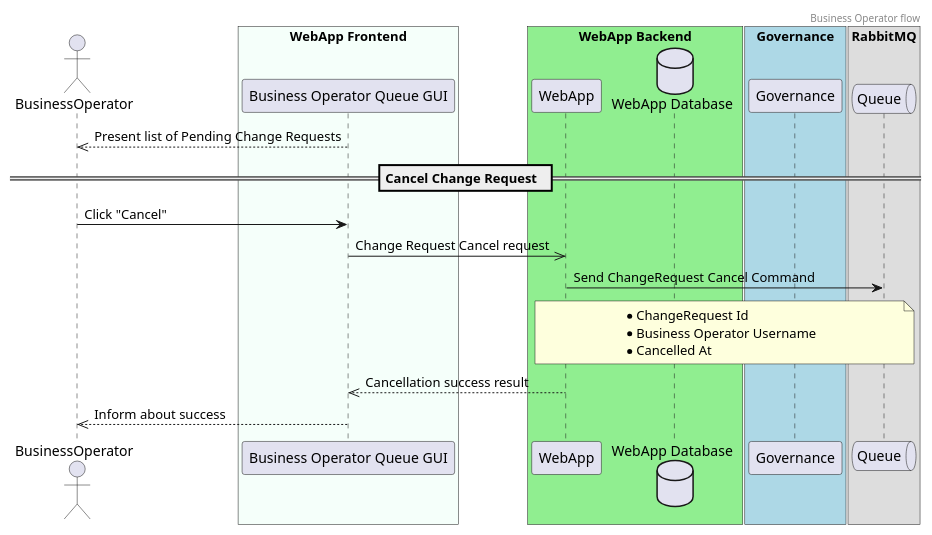
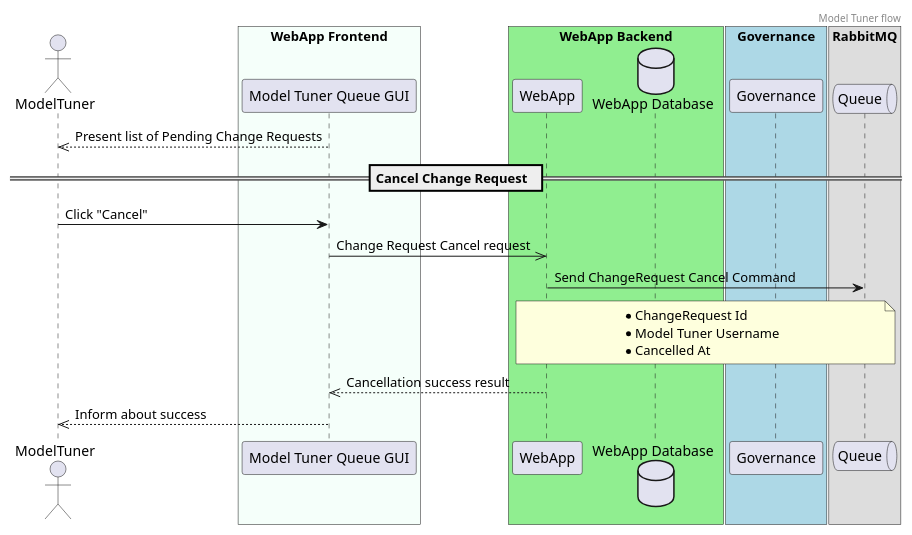
Before and after one commit to ngraczykowski/iris-root: the first of 2 diagrams in modules/webapp/sens-webapp-documentation/src/docs/asciidoc/hld/2020-06-08_cancel-change-request.adoc, drawn with PlantUML. The commit also changed other lines of this file and 55 other files, not shown here.

```diff
--- a/modules/webapp/sens-webapp-documentation/src/docs/asciidoc/hld/2020-06-08_cancel-change-request.adoc
+++ b/modules/webapp/sens-webapp-documentation/src/docs/asciidoc/hld/2020-06-08_cancel-change-request.adoc
@@ -9,44 +9,44 @@
-[plantuml,business-operator-cancels-change-request-queue,svg]
+[plantuml,model-tuner-cancels-change-request-queue,svg]
 -----
 @startuml
-header Business Operator flow
+header Model Tuner flow
 
-actor BusinessOperator
+actor ModelTuner
 
 box "WebApp Frontend" #MintCream
-    participant Frontend as "Business Operator Queue GUI"
+    participant Frontend as "Model Tuner Queue GUI"
 end box
 
 box "WebApp Backend" #LightGreen
     participant Backend as "WebApp"
     database WebAppDB as "WebApp Database"
 end box
 
 box "Governance" #LightBlue
     participant Governance as "Governance" order 45
 end box
 
 box "RabbitMQ"
     queue Queue order 50
 end box
 
-Frontend -->> BusinessOperator : Present list of Pending Change Requests
+Frontend -->> ModelTuner : Present list of Pending Change Requests
 
 ==  Cancel Change Request  ==
 
-BusinessOperator -> Frontend : Click "Cancel"
+ModelTuner -> Frontend : Click "Cancel"
 Frontend ->> Backend : Change Request Cancel request
 
 Backend -> Queue : Send ChangeRequest Cancel Command
 note over Backend, Queue
     * ChangeRequest Id
-    * Business Operator Username
+    * Model Tuner Username
     * Cancelled At
 end note
 
 Backend -->> Frontend : Cancellation success result
 
-Frontend -->> BusinessOperator : Inform about success
+Frontend -->> ModelTuner : Inform about success
 
 @enduml
 -----
```
